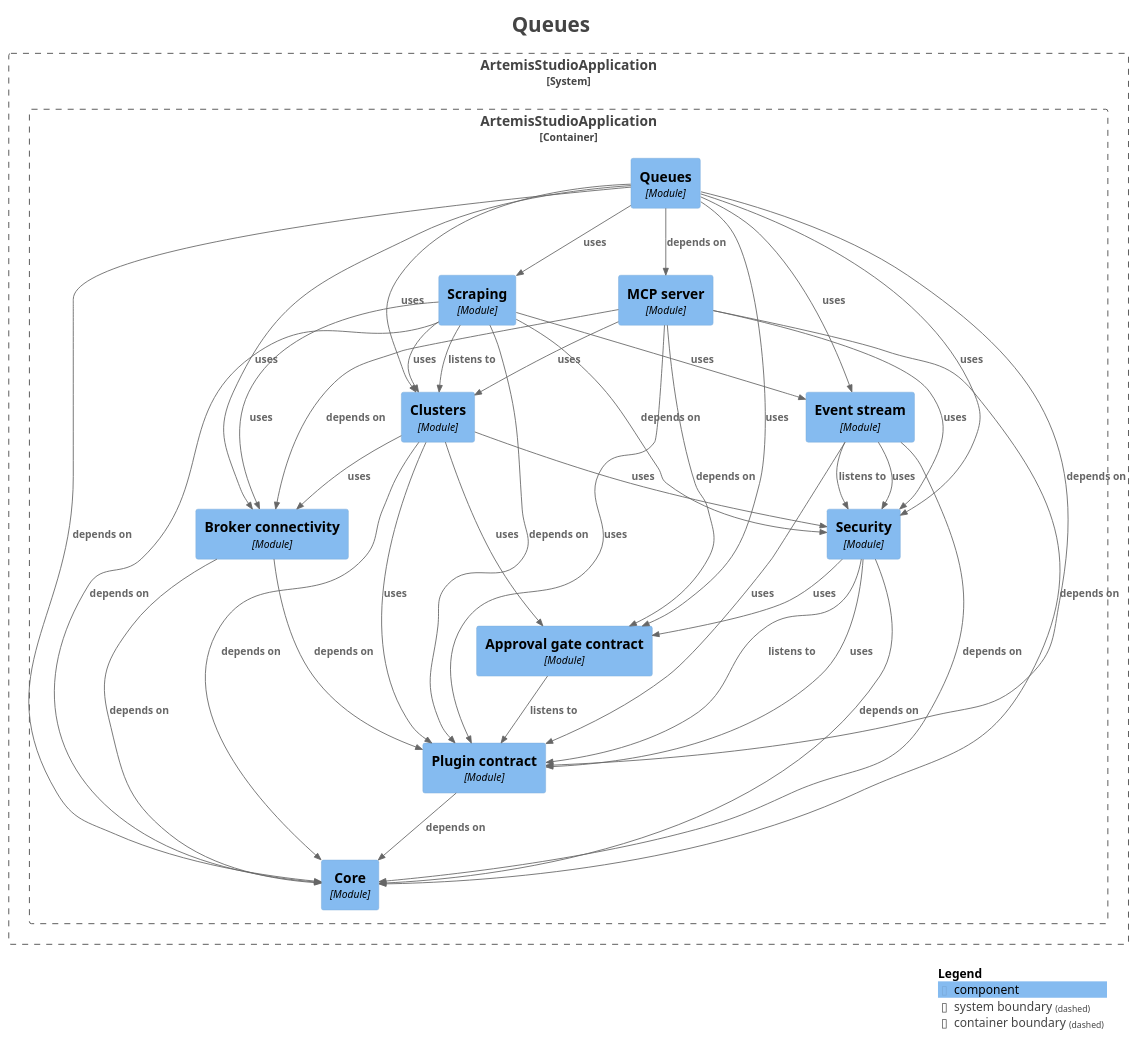
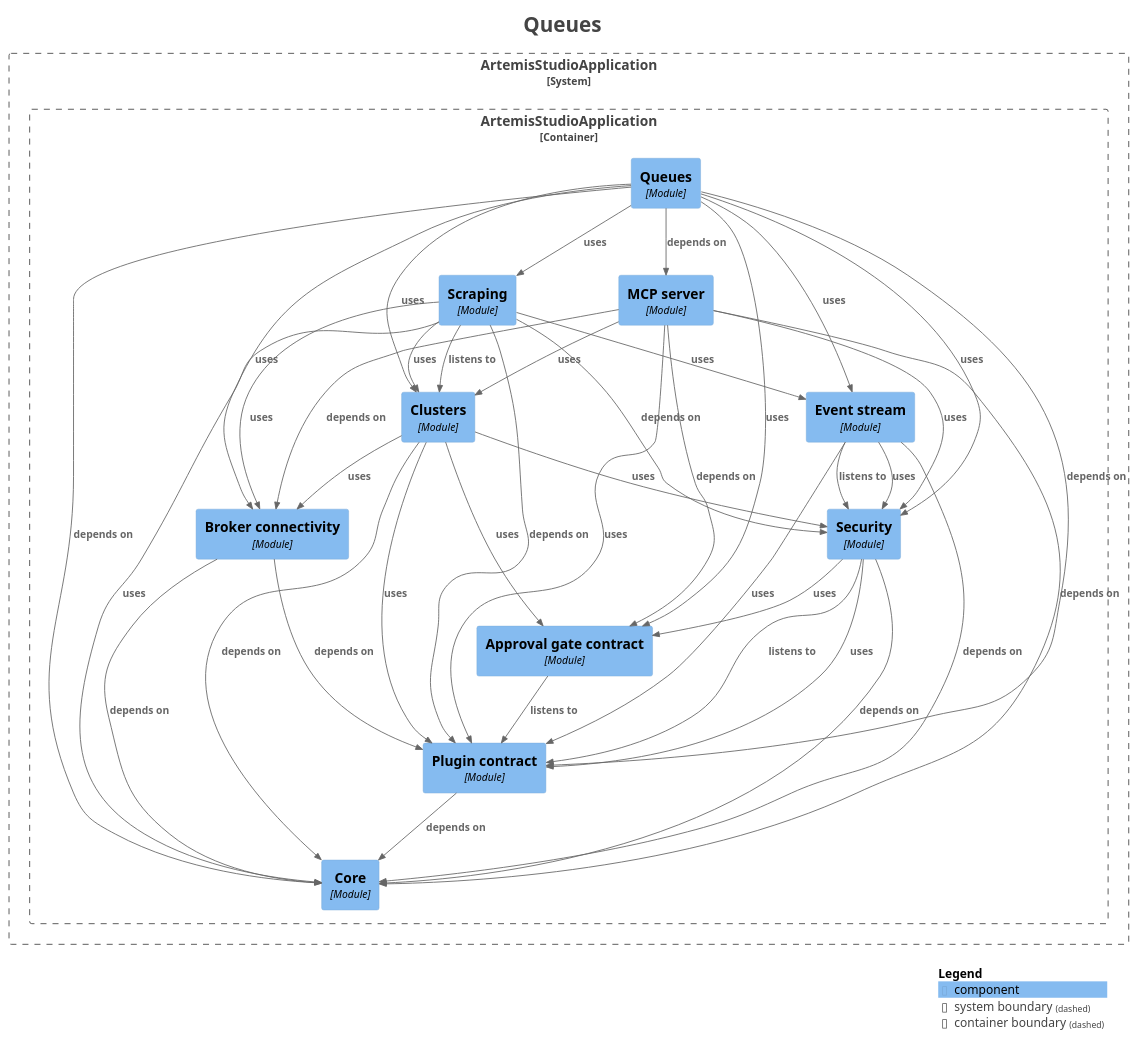
The diagram in docs/modules/module-feature.queues.puml (sudoitir/artemis-studio), drawn with PlantUML before and after one commit. The commit also changed 90 other files, not shown here.

```diff
--- a/docs/modules/module-feature.queues.puml
+++ b/docs/modules/module-feature.queues.puml
@@ -1,76 +1,76 @@
 @startuml
 title <size:24>Queues</size>
 
 set separator none
 top to bottom direction
 
 <style>
   root {
     BackgroundColor: #ffffff
     FontColor: #444444
   }
 </style>
 
 !include <C4/C4>
 !include <C4/C4_Context>
 !include <C4/C4_Component>
 
 System_Boundary("ArtemisStudioApplication_boundary", "ArtemisStudioApplication", $tags="") {
   Container_Boundary("ArtemisStudioApplication.ArtemisStudioApplication_boundary", "ArtemisStudioApplication", $tags="") {
     Component(ArtemisStudioApplication.ArtemisStudioApplication.Approvalgatecontract, "Approval gate contract", $techn="Module", $descr="", $tags="", $link="")
     Component(ArtemisStudioApplication.ArtemisStudioApplication.Brokerconnectivity, "Broker connectivity", $techn="Module", $descr="", $tags="", $link="")
     Component(ArtemisStudioApplication.ArtemisStudioApplication.Clusters, "Clusters", $techn="Module", $descr="", $tags="", $link="")
     Component(ArtemisStudioApplication.ArtemisStudioApplication.Core, "Core", $techn="Module", $descr="", $tags="", $link="")
     Component(ArtemisStudioApplication.ArtemisStudioApplication.Eventstream, "Event stream", $techn="Module", $descr="", $tags="", $link="")
     Component(ArtemisStudioApplication.ArtemisStudioApplication.MCPserver, "MCP server", $techn="Module", $descr="", $tags="", $link="")
     Component(ArtemisStudioApplication.ArtemisStudioApplication.Plugincontract, "Plugin contract", $techn="Module", $descr="", $tags="", $link="")
     Component(ArtemisStudioApplication.ArtemisStudioApplication.Queues, "Queues", $techn="Module", $descr="", $tags="", $link="")
     Component(ArtemisStudioApplication.ArtemisStudioApplication.Scraping, "Scraping", $techn="Module", $descr="", $tags="", $link="")
     Component(ArtemisStudioApplication.ArtemisStudioApplication.Security, "Security", $techn="Module", $descr="", $tags="", $link="")
   }
 
 }
 
 Rel(ArtemisStudioApplication.ArtemisStudioApplication.Approvalgatecontract, ArtemisStudioApplication.ArtemisStudioApplication.Plugincontract, "listens to", $techn="", $tags="", $link="")
 Rel(ArtemisStudioApplication.ArtemisStudioApplication.Brokerconnectivity, ArtemisStudioApplication.ArtemisStudioApplication.Core, "depends on", $techn="", $tags="", $link="")
 Rel(ArtemisStudioApplication.ArtemisStudioApplication.Brokerconnectivity, ArtemisStudioApplication.ArtemisStudioApplication.Plugincontract, "depends on", $techn="", $tags="", $link="")
 Rel(ArtemisStudioApplication.ArtemisStudioApplication.Clusters, ArtemisStudioApplication.ArtemisStudioApplication.Approvalgatecontract, "uses", $techn="", $tags="", $link="")
 Rel(ArtemisStudioApplication.ArtemisStudioApplication.Clusters, ArtemisStudioApplication.ArtemisStudioApplication.Brokerconnectivity, "uses", $techn="", $tags="", $link="")
 Rel(ArtemisStudioApplication.ArtemisStudioApplication.Clusters, ArtemisStudioApplication.ArtemisStudioApplication.Core, "depends on", $techn="", $tags="", $link="")
 Rel(ArtemisStudioApplication.ArtemisStudioApplication.Clusters, ArtemisStudioApplication.ArtemisStudioApplication.Plugincontract, "uses", $techn="", $tags="", $link="")
 Rel(ArtemisStudioApplication.ArtemisStudioApplication.Clusters, ArtemisStudioApplication.ArtemisStudioApplication.Security, "uses", $techn="", $tags="", $link="")
 Rel(ArtemisStudioApplication.ArtemisStudioApplication.Eventstream, ArtemisStudioApplication.ArtemisStudioApplication.Core, "depends on", $techn="", $tags="", $link="")
 Rel(ArtemisStudioApplication.ArtemisStudioApplication.Eventstream, ArtemisStudioApplication.ArtemisStudioApplication.Plugincontract, "uses", $techn="", $tags="", $link="")
 Rel(ArtemisStudioApplication.ArtemisStudioApplication.Eventstream, ArtemisStudioApplication.ArtemisStudioApplication.Security, "listens to", $techn="", $tags="", $link="")
 Rel(ArtemisStudioApplication.ArtemisStudioApplication.Eventstream, ArtemisStudioApplication.ArtemisStudioApplication.Security, "uses", $techn="", $tags="", $link="")
 Rel(ArtemisStudioApplication.ArtemisStudioApplication.MCPserver, ArtemisStudioApplication.ArtemisStudioApplication.Approvalgatecontract, "depends on", $techn="", $tags="", $link="")
 Rel(ArtemisStudioApplication.ArtemisStudioApplication.MCPserver, ArtemisStudioApplication.ArtemisStudioApplication.Brokerconnectivity, "depends on", $techn="", $tags="", $link="")
 Rel(ArtemisStudioApplication.ArtemisStudioApplication.MCPserver, ArtemisStudioApplication.ArtemisStudioApplication.Clusters, "uses", $techn="", $tags="", $link="")
 Rel(ArtemisStudioApplication.ArtemisStudioApplication.MCPserver, ArtemisStudioApplication.ArtemisStudioApplication.Core, "depends on", $techn="", $tags="", $link="")
 Rel(ArtemisStudioApplication.ArtemisStudioApplication.MCPserver, ArtemisStudioApplication.ArtemisStudioApplication.Plugincontract, "uses", $techn="", $tags="", $link="")
 Rel(ArtemisStudioApplication.ArtemisStudioApplication.MCPserver, ArtemisStudioApplication.ArtemisStudioApplication.Security, "uses", $techn="", $tags="", $link="")
 Rel(ArtemisStudioApplication.ArtemisStudioApplication.Plugincontract, ArtemisStudioApplication.ArtemisStudioApplication.Core, "depends on", $techn="", $tags="", $link="")
 Rel(ArtemisStudioApplication.ArtemisStudioApplication.Queues, ArtemisStudioApplication.ArtemisStudioApplication.Approvalgatecontract, "uses", $techn="", $tags="", $link="")
 Rel(ArtemisStudioApplication.ArtemisStudioApplication.Queues, ArtemisStudioApplication.ArtemisStudioApplication.Brokerconnectivity, "uses", $techn="", $tags="", $link="")
 Rel(ArtemisStudioApplication.ArtemisStudioApplication.Queues, ArtemisStudioApplication.ArtemisStudioApplication.Clusters, "uses", $techn="", $tags="", $link="")
 Rel(ArtemisStudioApplication.ArtemisStudioApplication.Queues, ArtemisStudioApplication.ArtemisStudioApplication.Core, "depends on", $techn="", $tags="", $link="")
 Rel(ArtemisStudioApplication.ArtemisStudioApplication.Queues, ArtemisStudioApplication.ArtemisStudioApplication.Eventstream, "uses", $techn="", $tags="", $link="")
 Rel(ArtemisStudioApplication.ArtemisStudioApplication.Queues, ArtemisStudioApplication.ArtemisStudioApplication.MCPserver, "depends on", $techn="", $tags="", $link="")
 Rel(ArtemisStudioApplication.ArtemisStudioApplication.Queues, ArtemisStudioApplication.ArtemisStudioApplication.Plugincontract, "depends on", $techn="", $tags="", $link="")
 Rel(ArtemisStudioApplication.ArtemisStudioApplication.Queues, ArtemisStudioApplication.ArtemisStudioApplication.Scraping, "uses", $techn="", $tags="", $link="")
 Rel(ArtemisStudioApplication.ArtemisStudioApplication.Queues, ArtemisStudioApplication.ArtemisStudioApplication.Security, "uses", $techn="", $tags="", $link="")
 Rel(ArtemisStudioApplication.ArtemisStudioApplication.Scraping, ArtemisStudioApplication.ArtemisStudioApplication.Brokerconnectivity, "uses", $techn="", $tags="", $link="")
 Rel(ArtemisStudioApplication.ArtemisStudioApplication.Scraping, ArtemisStudioApplication.ArtemisStudioApplication.Clusters, "listens to", $techn="", $tags="", $link="")
 Rel(ArtemisStudioApplication.ArtemisStudioApplication.Scraping, ArtemisStudioApplication.ArtemisStudioApplication.Clusters, "uses", $techn="", $tags="", $link="")
-Rel(ArtemisStudioApplication.ArtemisStudioApplication.Scraping, ArtemisStudioApplication.ArtemisStudioApplication.Core, "depends on", $techn="", $tags="", $link="")
+Rel(ArtemisStudioApplication.ArtemisStudioApplication.Scraping, ArtemisStudioApplication.ArtemisStudioApplication.Core, "uses", $techn="", $tags="", $link="")
 Rel(ArtemisStudioApplication.ArtemisStudioApplication.Scraping, ArtemisStudioApplication.ArtemisStudioApplication.Eventstream, "uses", $techn="", $tags="", $link="")
 Rel(ArtemisStudioApplication.ArtemisStudioApplication.Scraping, ArtemisStudioApplication.ArtemisStudioApplication.Plugincontract, "depends on", $techn="", $tags="", $link="")
 Rel(ArtemisStudioApplication.ArtemisStudioApplication.Scraping, ArtemisStudioApplication.ArtemisStudioApplication.Security, "depends on", $techn="", $tags="", $link="")
 Rel(ArtemisStudioApplication.ArtemisStudioApplication.Security, ArtemisStudioApplication.ArtemisStudioApplication.Approvalgatecontract, "uses", $techn="", $tags="", $link="")
 Rel(ArtemisStudioApplication.ArtemisStudioApplication.Security, ArtemisStudioApplication.ArtemisStudioApplication.Core, "depends on", $techn="", $tags="", $link="")
 Rel(ArtemisStudioApplication.ArtemisStudioApplication.Security, ArtemisStudioApplication.ArtemisStudioApplication.Plugincontract, "listens to", $techn="", $tags="", $link="")
 Rel(ArtemisStudioApplication.ArtemisStudioApplication.Security, ArtemisStudioApplication.ArtemisStudioApplication.Plugincontract, "uses", $techn="", $tags="", $link="")
 
 SHOW_LEGEND(true)
 hide stereotypes
 @enduml
```
